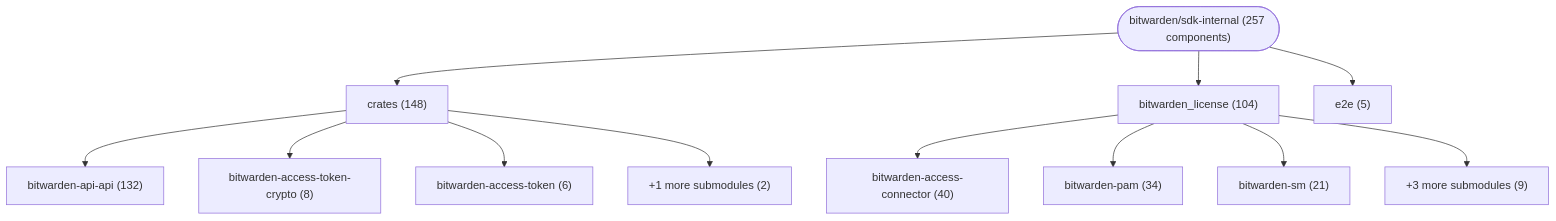
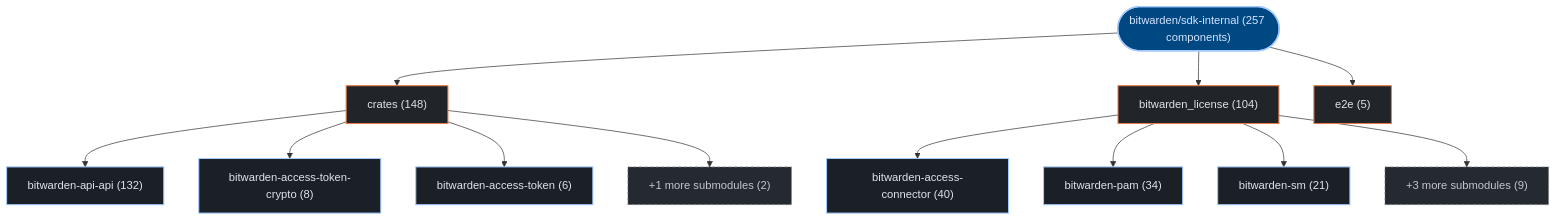
The first of 3 diagrams in exports/latest/reports/bitwarden-sdk-internal-report.md (kumarshaz/atruss-code-atlas), drawn with Mermaid before and after one commit. The commit also changed other lines of this file and 331 other files, not shown here.

Commit message:
docs,ui,fix: update SDLC docs, reorder CI/CD DAG first, stylize Mermaid, and fix Arc42 pipeline topology

````diff
--- a/exports/latest/reports/bitwarden-sdk-internal-report.md
+++ b/exports/latest/reports/bitwarden-sdk-internal-report.md
@@ -42,26 +42,33 @@
 ```mermaid
 graph TD;
-    repo_root(["bitwarden/sdk-internal (257 components)"])
-    dir_0_crates["crates (148)"]
+  classDef atlasRoot fill:#004882,stroke:#a3c9ff,stroke-width:2px,color:#d3e4ff
+  classDef atlasCategory fill:#212428,stroke:#E87A48,stroke-width:1.5px,color:#dfe3eb
+  classDef atlasWorkflow fill:#1b2026,stroke:#a3c9ff,stroke-width:1.5px,color:#dfe3eb
+  classDef atlasJob fill:#171c22,stroke:#8d9199,stroke-width:1px,color:#dfe3eb
+  classDef atlasTarget fill:#005227,stroke:#8bd99b,stroke-width:1.5px,color:#a7f6b6
+  classDef atlasAlert fill:#93000a,stroke:#ffb4ab,stroke-width:1.5px,color:#ffdad6
+  classDef atlasMore fill:#252a31,stroke:#8d9199,stroke-dasharray:4 4,color:#c3c6cf
+    repo_root(["bitwarden/sdk-internal (257 components)"]):::atlasRoot
+    dir_0_crates["crates (148)"]:::atlasCategory
     repo_root --> dir_0_crates
-    sub_0_0_bitwarden_api_api["bitwarden-api-api (132)"]
+    sub_0_0_bitwarden_api_api["bitwarden-api-api (132)"]:::atlasWorkflow
     dir_0_crates --> sub_0_0_bitwarden_api_api
-    sub_0_1_bitwarden_access_token_crypto["bitwarden-access-token-crypto (8)"]
+    sub_0_1_bitwarden_access_token_crypto["bitwarden-access-token-crypto (8)"]:::atlasWorkflow
     dir_0_crates --> sub_0_1_bitwarden_access_token_crypto
-    sub_0_2_bitwarden_access_token["bitwarden-access-token (6)"]
+    sub_0_2_bitwarden_access_token["bitwarden-access-token (6)"]:::atlasWorkflow
     dir_0_crates --> sub_0_2_bitwarden_access_token
-    sub_0_more["+1 more submodules (2)"]
+    sub_0_more["+1 more submodules (2)"]:::atlasMore
     dir_0_crates --> sub_0_more
-    dir_1_bitwarden_license["bitwarden_license (104)"]
+    dir_1_bitwarden_license["bitwarden_license (104)"]:::atlasCategory
     repo_root --> dir_1_bitwarden_license
-    sub_1_0_bitwarden_access_connector["bitwarden-access-connector (40)"]
+    sub_1_0_bitwarden_access_connector["bitwarden-access-connector (40)"]:::atlasWorkflow
     dir_1_bitwarden_license --> sub_1_0_bitwarden_access_connector
-    sub_1_1_bitwarden_pam["bitwarden-pam (34)"]
+    sub_1_1_bitwarden_pam["bitwarden-pam (34)"]:::atlasWorkflow
     dir_1_bitwarden_license --> sub_1_1_bitwarden_pam
-    sub_1_2_bitwarden_sm["bitwarden-sm (21)"]
+    sub_1_2_bitwarden_sm["bitwarden-sm (21)"]:::atlasWorkflow
     dir_1_bitwarden_license --> sub_1_2_bitwarden_sm
-    sub_1_more["+3 more submodules (9)"]
+    sub_1_more["+3 more submodules (9)"]:::atlasMore
     dir_1_bitwarden_license --> sub_1_more
-    dir_2_e2e["e2e (5)"]
+    dir_2_e2e["e2e (5)"]:::atlasCategory
     repo_root --> dir_2_e2e
 ```
````
